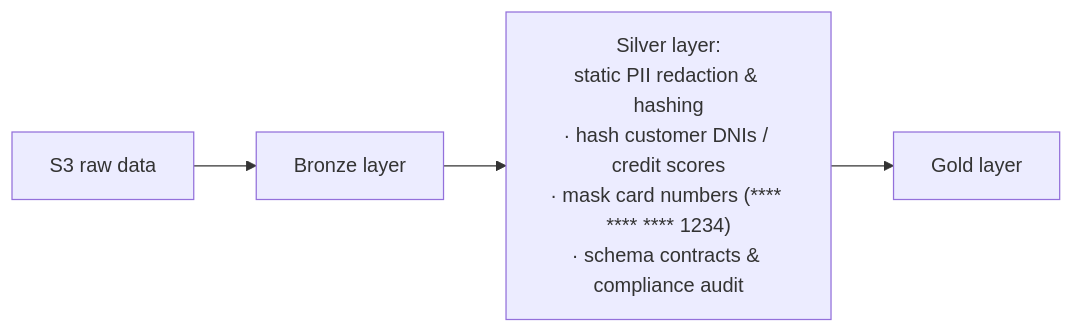
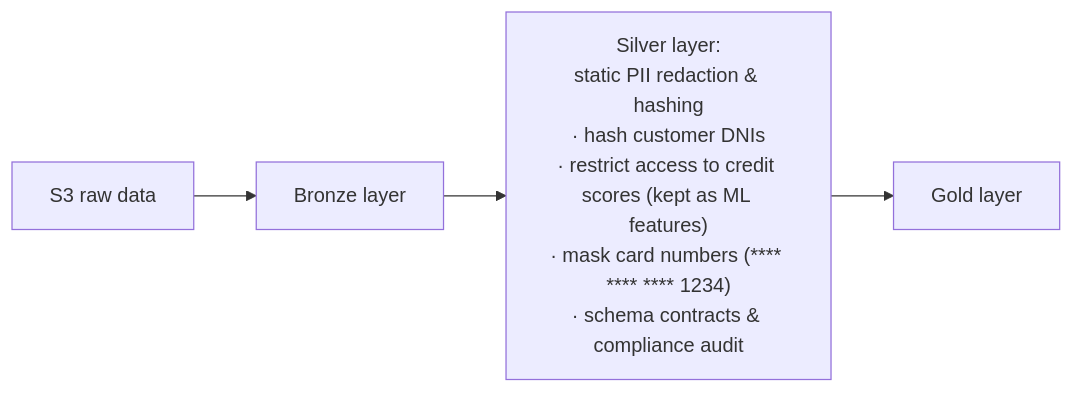
One commit to rdorta27/factored-hackathon-2026-sentinel-engine changed the first of 5 diagrams in docs/build/architecture-roadmap.md. Above: the diagram before and after it, drawn with Mermaid. The commit also changed other lines of this file and 13 other files, not shown here.

````diff
--- a/docs/build/architecture-roadmap.md
+++ b/docs/build/architecture-roadmap.md
@@ -23,6 +23,6 @@
 ```mermaid
 flowchart LR
     raw["S3 raw data"] --> bronze["Bronze layer"]
-    bronze --> silver["Silver layer:<br/>static PII redaction & hashing<br/>· hash customer DNIs / credit scores<br/>· mask card numbers (**** **** **** 1234)<br/>· schema contracts & compliance audit"]
+    bronze --> silver["Silver layer:<br/>static PII redaction & hashing<br/>· hash customer DNIs<br/>· restrict access to credit scores (kept as ML features)<br/>· mask card numbers (**** **** **** 1234)<br/>· schema contracts & compliance audit"]
     silver --> gold["Gold layer"]
 ```
````
